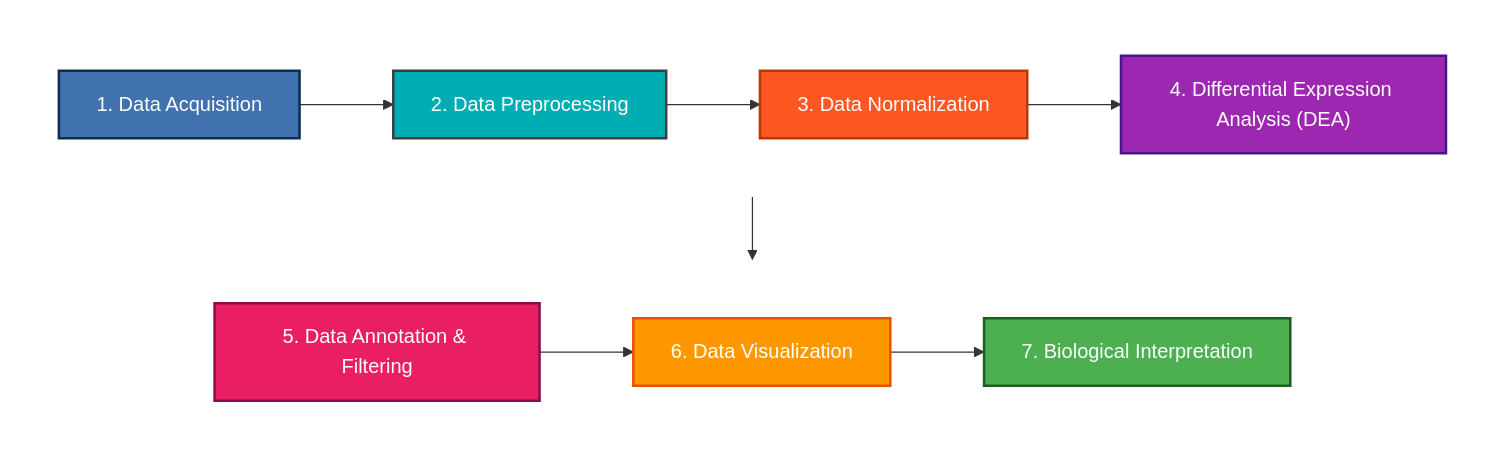
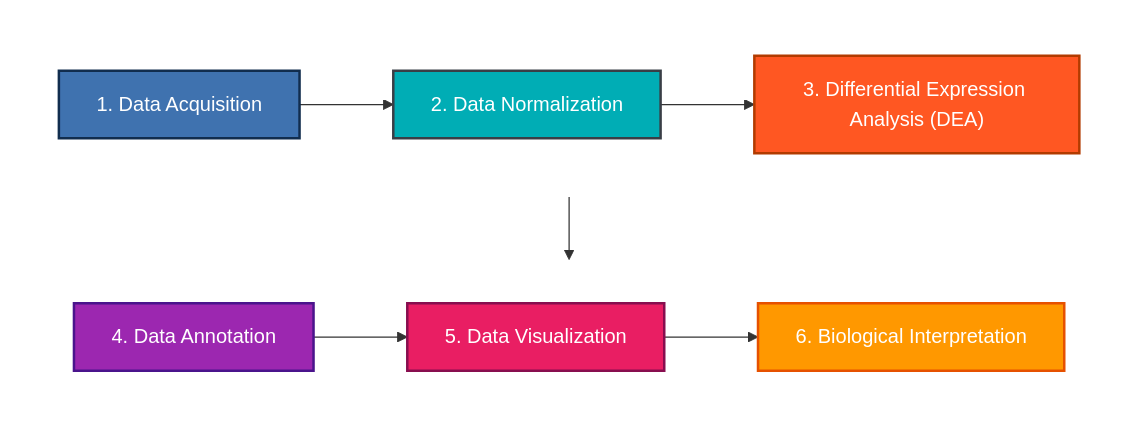
Before and after one commit to JoseManurung/PDAC-PNI-Transcriptomics-Analysis: the diagram in README.md, drawn with Mermaid.

````diff
--- a/README.md
+++ b/README.md
@@ -80,33 +80,31 @@
 ```mermaid
 graph TD
     %% Top Row: Steps 1 to 4 (Flowing Left to Right)
     subgraph Row1 [ ]
         direction LR
-        S1["1. Data Acquisition"] --> S2["2. Data Preprocessing"]
-        S2 --> S3["3. Data Normalization"]
-        S3 --> S4["4. Differential Expression Analysis (DEA)"]
+        S1["1. Data Acquisition"] --> S2["2. Data Normalization"]
+        S2 --> S3["3. Differential Expression Analysis (DEA)"]
     end
 
-    %% Vertical connector from Step 4 down to Step 5
-    S4 --> S5
+    %% Vertical connector from Step 3 down to Step 4
+    S3 --> S4
 
-    %% Bottom Row: Steps 5 to 7 (Flowing Right to Left)
+    %% Bottom Row: Steps 4 to 6 (Flowing Right to Left)
     subgraph Row2 [ ]
         direction LR
-        S5["5. Data Annotation & Filtering"] --> S6["6. Data Visualization"]
-        S6 --> S7["7. Biological Interpretation"]
+        S4["4. Data Annotation"] --> S5["5. Data Visualization"]
+        S5 --> S6["6. Biological Interpretation"]
     end
 
     %% Creative Colorful Styling for Each Step
     style S1 fill:#3f72af,color:#fff,stroke:#112d4e,stroke-width:2px
     style S2 fill:#00adb5,color:#fff,stroke:#393e46,stroke-width:2px
     style S3 fill:#ff5722,color:#fff,stroke:#b23b00,stroke-width:2px
     style S4 fill:#9c27b0,color:#fff,stroke:#4a148c,stroke-width:2px
     style S5 fill:#e91e63,color:#fff,stroke:#880e4f,stroke-width:2px
     style S6 fill:#ff9800,color:#fff,stroke:#e65100,stroke-width:2px
-    style S7 fill:#4caf50,color:#fff,stroke:#1b5e20,stroke-width:2px
 
     %% Remove subgraph borders and background for a clean layout
     style Row1 fill:transparent,stroke:none
     style Row2 fill:transparent,stroke:none
 ```
````
